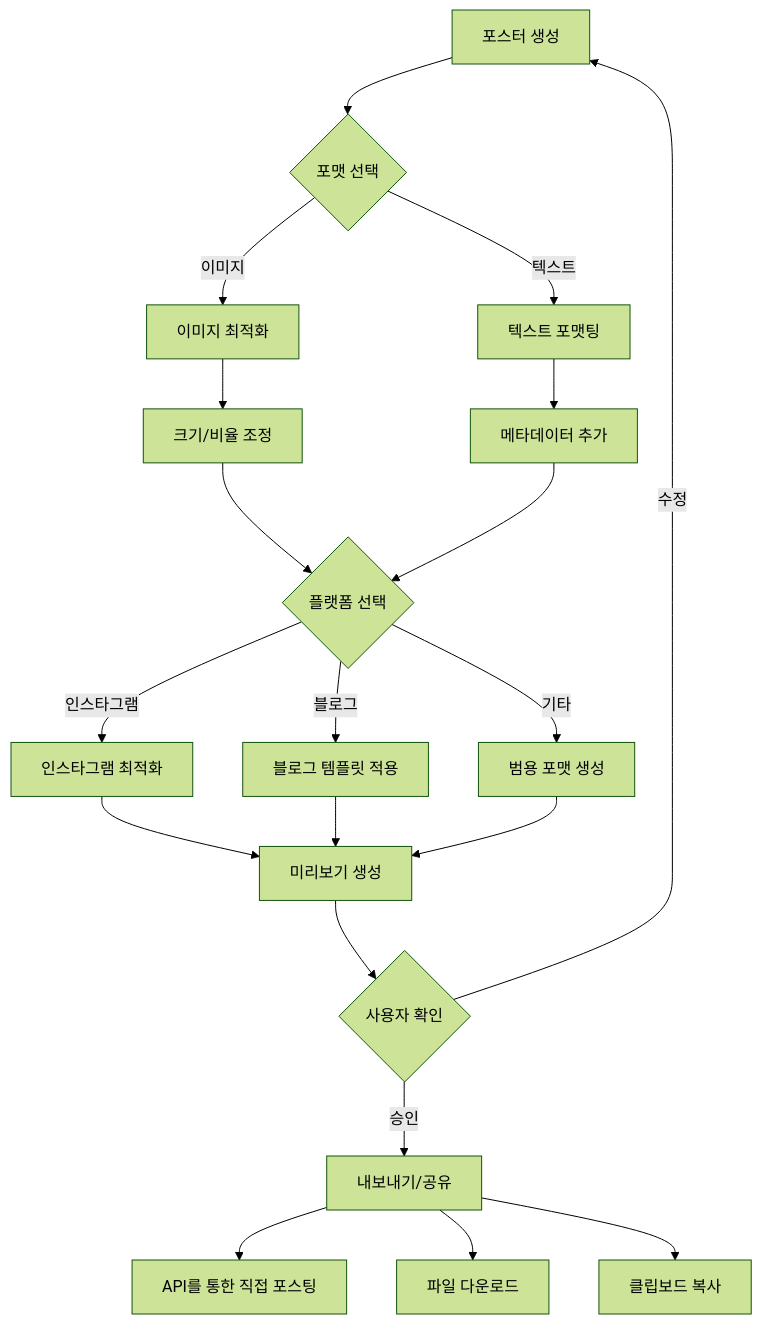
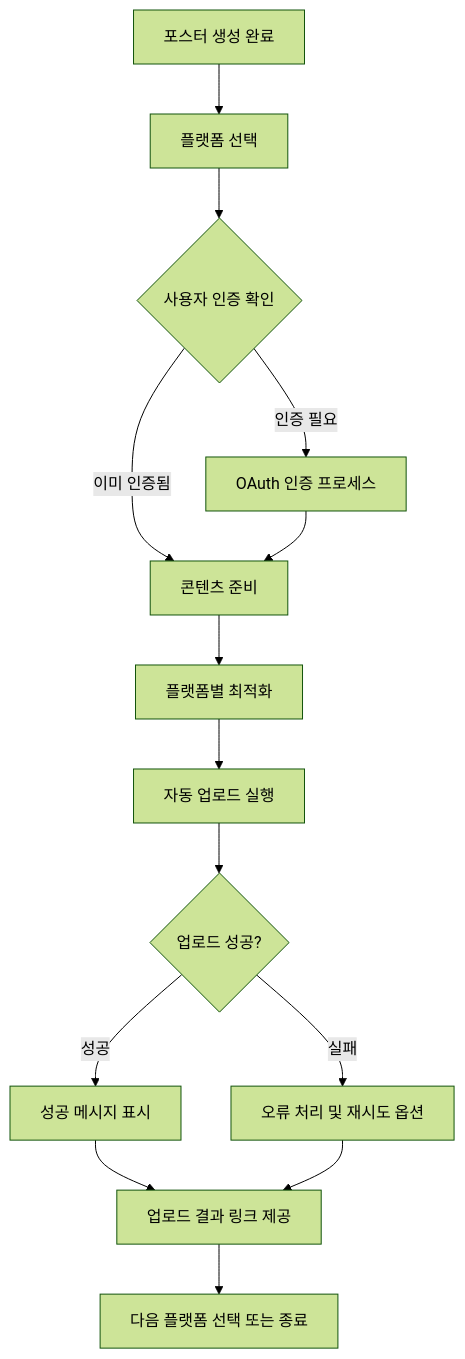
Before and after one commit to duckgeunpark/Trip: the diagram in README.md, drawn with Mermaid (forest theme). The commit also changed other lines of this file, not shown here.

Commit message:
프로세스

````diff
--- a/README.md
+++ b/README.md
@@ -40,19 +43,15 @@
 ```mermaid
 graph TD
-    A[포스터 생성] --> B{포맷 선택}
-    B --> |이미지| C[이미지 최적화]
-    B --> |텍스트| D[텍스트 포맷팅]
-    C --> E[크기/비율 조정]
-    D --> F[메타데이터 추가]
-    E & F --> G{플랫폼 선택}
-    G --> |인스타그램| H[인스타그램 최적화]
-    G --> |블로그| I[블로그 템플릿 적용]
-    G --> |기타| J[범용 포맷 생성]
-    H & I & J --> K[미리보기 생성]
-    K --> L{사용자 확인}
-    L --> |승인| M[내보내기/공유]
-    L --> |수정| A
-    M --> N[API를 통한 직접 포스팅]
-    M --> O[파일 다운로드]
-    M --> P[클립보드 복사]
+    A[포스터 생성 완료] --> B[플랫폼 선택]
+    B --> C{사용자 인증 확인}
+    C -->|인증 필요| D[OAuth 인증 프로세스]
+    C -->|이미 인증됨| E[콘텐츠 준비]
+    D --> E
+    E --> F[플랫폼별 최적화]
+    F --> G[자동 업로드 실행]
+    G --> H{업로드 성공?}
+    H -->|성공| I[성공 메시지 표시]
+    H -->|실패| J[오류 처리 및 재시도 옵션]
+    I & J --> K[업로드 결과 링크 제공]
+    K --> L[다음 플랫폼 선택 또는 종료]
 ```
````
